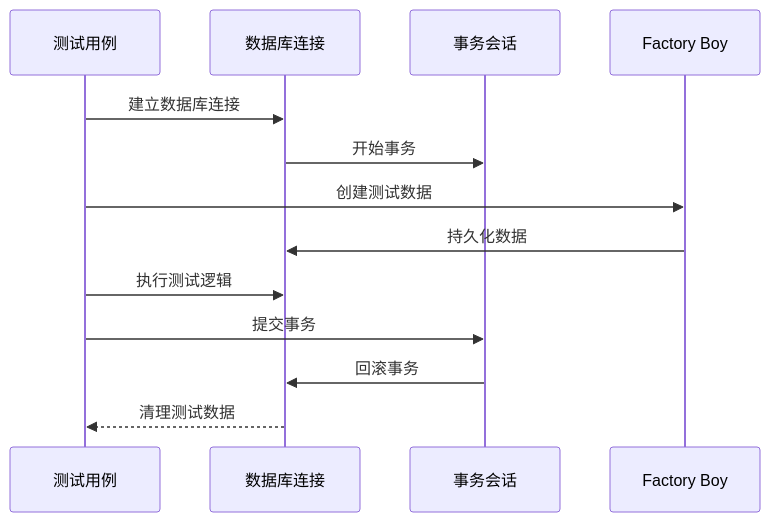
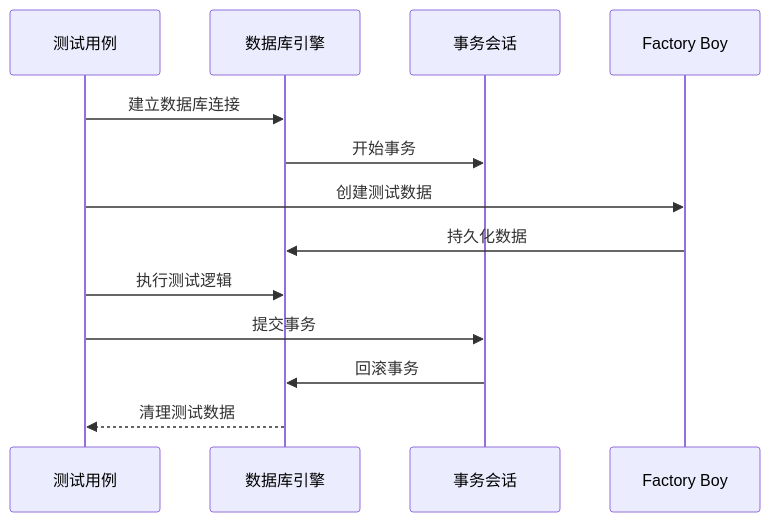
The third of 9 diagrams in .qoder/repowiki/zh/content/Altas Workflow Core/测试数据管理参考.md (AngelWings1997/altas), drawn with Mermaid before and after one commit. The commit also changed other lines of this file and 8 other files, not shown here.

````diff
--- a/.qoder/repowiki/zh/content/Altas Workflow Core/测试数据管理参考.md
+++ b/.qoder/repowiki/zh/content/Altas Workflow Core/测试数据管理参考.md
@@ -136,15 +195,15 @@
 ```mermaid
 sequenceDiagram
 participant Test as 测试用例
-participant DB as 数据库连接
+participant DB as 数据库引擎
 participant Session as 事务会话
 participant Factory as Factory Boy
 Test->>DB : 建立数据库连接
 DB->>Session : 开始事务
 Test->>Factory : 创建测试数据
 Factory->>DB : 持久化数据
 Test->>DB : 执行测试逻辑
 Test->>Session : 提交事务
 Session->>DB : 回滚事务
 DB-->>Test : 清理测试数据
 ```
````
